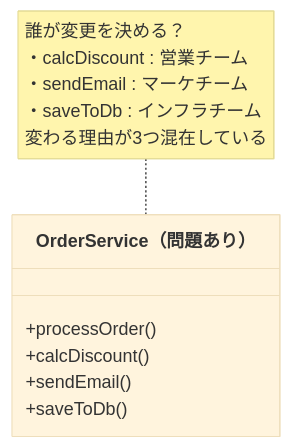
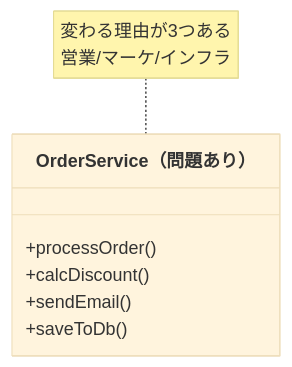
The second of 8 diagrams in kindle/design-patterns/output/chapter00_1.md (kumachan1101-pixel/DesignPattern), drawn with Mermaid (base theme) before and after one commit. The commit also changed 3 other files, not shown here.

````diff
--- a/kindle/design-patterns/output/chapter00_1.md
+++ b/kindle/design-patterns/output/chapter00_1.md
@@ -204,10 +204,10 @@
 ```mermaid
 classDiagram
     class OrderService_before["OrderService（問題あり）"] {
         +processOrder()
         +calcDiscount()
         +sendEmail()
         +saveToDb()
     }
-    note for OrderService_before "誰が変更を決める？<br>・calcDiscount : 営業チーム<br>・sendEmail : マーケチーム<br>・saveToDb : インフラチーム<br>変わる理由が3つ混在している"
+    note for OrderService_before "変わる理由が3つある<br>営業/マーケ/インフラ"
 ```
````
